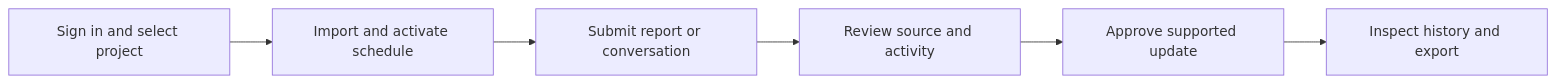
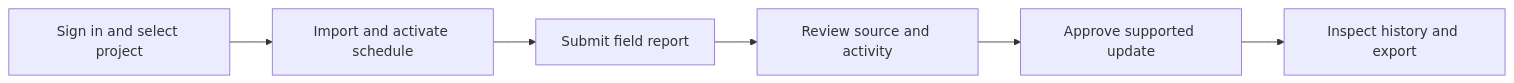
One commit to sudo8phoenix/Time_Agent changed the diagram in docs/USER_GUIDE.md. Above: the diagram before and after it, drawn with Mermaid. The commit also changed other lines of this file and 34 other files, not shown here.

````diff
--- a/docs/USER_GUIDE.md
+++ b/docs/USER_GUIDE.md
@@ -11,8 +11,8 @@
 ```mermaid
 flowchart LR
     S[Sign in and select project] --> I[Import and activate schedule]
-    I --> U[Submit report or conversation]
+    I --> U[Submit field report]
     U --> R[Review source and activity]
     R --> A[Approve supported update]
     A --> P[Inspect history and export]
 ```
````
